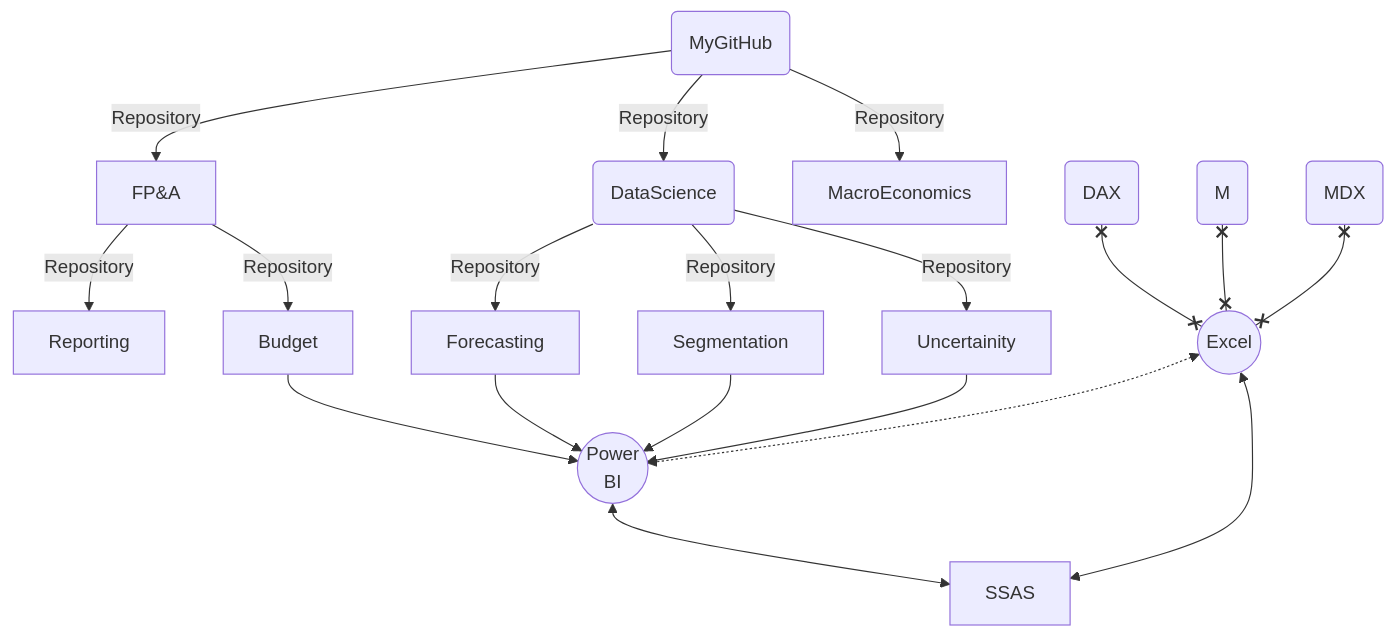
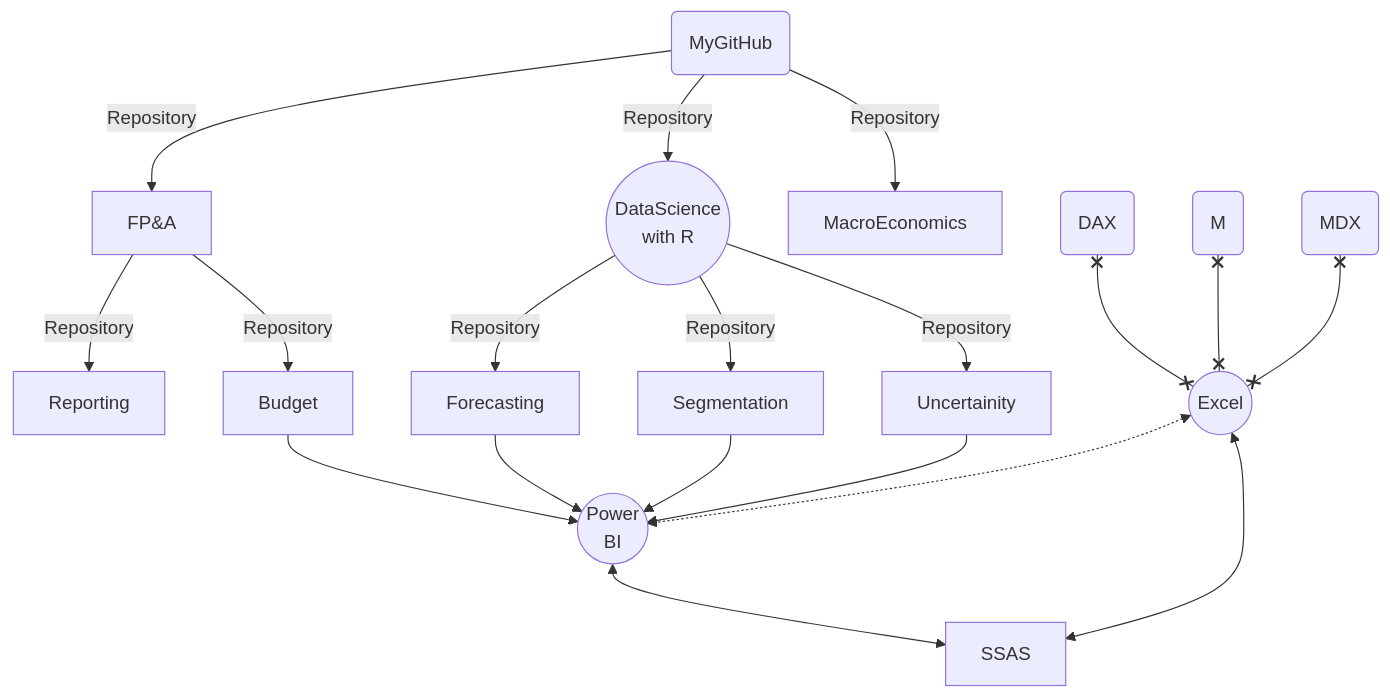
The diagram in README.md (md3629/md3629), drawn with Mermaid before and after one commit.

````diff
--- a/README.md
+++ b/README.md
@@ -4,23 +4,23 @@
 ```mermaid
 graph TD;
     my(MyGitHub)-->|Repository|FP&A;
     FP&A-->|Repository|Reporting;
     FP&A-->|Repository|Budget;
     
-    my(MyGitHub)-->|Repository|a((DataScience));
+    my(MyGitHub)-->|Repository|a((DataScience<br> with R));
     
     my(MyGitHub)-->|Repository|MacroEconomics;
-    a(DataScience)--Repository-->Forecasting;
-    a(DataScience)--Repository-->Segmentation;
-    a(DataScience)--Repository-->Uncertainity;
+    a((DataScience<br> with R))--Repository-->Forecasting;
+    a((DataScience<br> with R))--Repository-->Segmentation;
+    a((DataScience<br> with R))--Repository-->Uncertainity;
     Uncertainity-->P((Power<br>BI));
     Forecasting-->P((Power<br>BI));
     Segmentation-->P((Power<br>BI));
     Budget-->P((Power<br>BI));
     D(DAX)x--xE((Excel));
     M(M)x--xE((Excel));
     E((Excel))<-.->P((Power<br>BI));
     A(MDX)x--xE((Excel));
     E((Excel))<-->SSAS;
     P((Power<br>BI))<-->SSAS;
 ```
````
